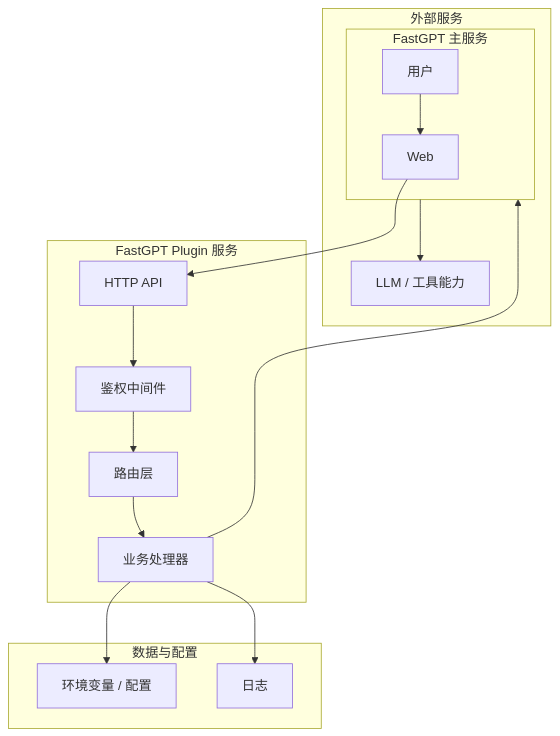
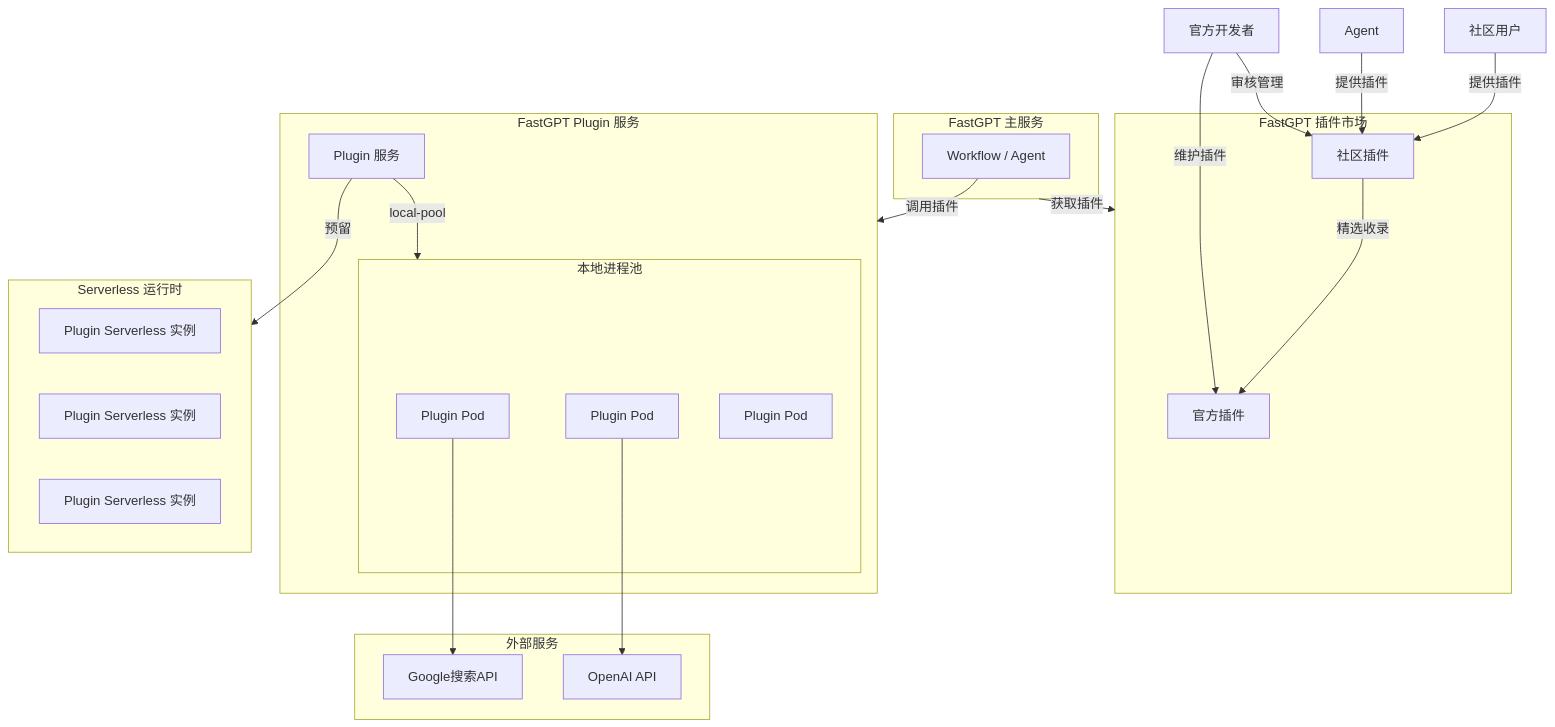
The diagram in docs/dev/design.zh.md (labring/fastgpt-plugin), drawn with Mermaid before and after one commit. The commit also changed other lines of this file and 12 other files, not shown here.

````diff
--- a/docs/dev/design.zh.md
+++ b/docs/dev/design.zh.md
@@ -14,35 +28,49 @@
 ```mermaid
 flowchart TB
+    subgraph Marketplace["FastGPT 插件市场"]
+        Official["官方插件"]
+        Community["社区插件"]
+        Community --> |精选收录| Official
+    end
+
+    CommunityUser["社区用户"]
+    Maintainer["官方开发者"]
+    Agent["Agent"]
+
+    CommunityUser -->|提供插件| Community
+    Agent --> |提供插件| Community
+    Maintainer --> |审核管理| Community
+    Maintainer -->|维护插件| Official
+
     subgraph FastGPT["FastGPT 主服务"]
-        Web["Web"]
-        User["用户"]
+        Workflow["Workflow / Agent"]
     end
 
     subgraph Plugin["FastGPT Plugin 服务"]
-        API["HTTP API"]
-        Auth["鉴权中间件"]
-        Router["路由层"]
-        Handler["业务处理器"]
+        PluginServer["Plugin 服务"]
+        subgraph ProcessPool["本地进程池"]
+            PluginProcess["Plugin Pod"]
+            PluginProcess2["Plugin Pod"]
+            PluginProcess3["Plugin Pod"]
+        end
+    end
+
+    subgraph Serverless["Serverless 运行时"]
+        PluginServerless["Plugin Serverless 实例"]
+        PluginServerless2["Plugin Serverless 实例"]
+        PluginServerless3["Plugin Serverless 实例"]
     end
 
     subgraph External["外部服务"]
-        FastGPT["FastGPT API"]
-        Model["LLM / 工具能力"]
+        Google["Google搜索API"]
+        OpenAI["OpenAI API"]
     end
 
-    subgraph Storage["数据与配置"]
-        Config["环境变量 / 配置"]
-        Logs["日志"]
-    end
+    Workflow -->|调用插件| Plugin
+    FastGPT -->|获取插件| Marketplace
 
-    User --> Web
-    Web --> API
-    API --> Auth
-    Auth --> Router
-    Router --> Handler
-    Handler --> FastGPT
-    FastGPT --> Model
-
-    Handler --> Config
-    Handler --> Logs
+    PluginServer -->|local-pool| ProcessPool
+    PluginServer -->|预留| Serverless
+    PluginProcess --> Google
+    PluginProcess2 --> OpenAI
 ```
````
